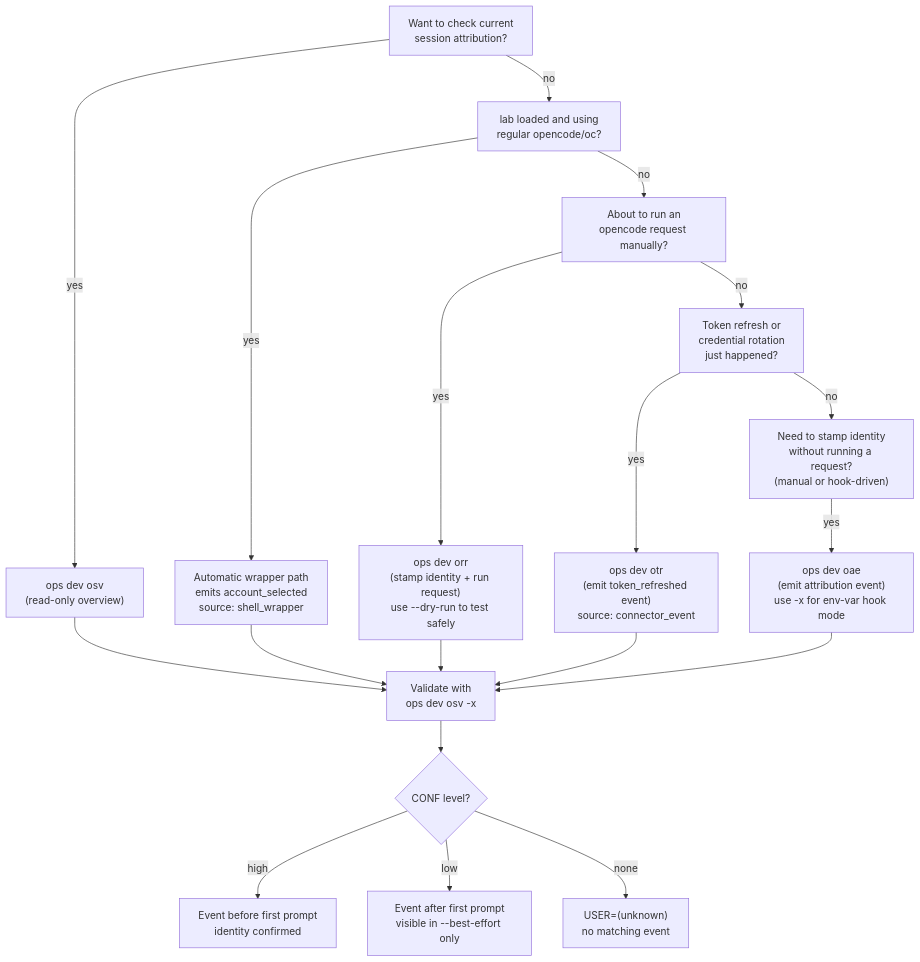
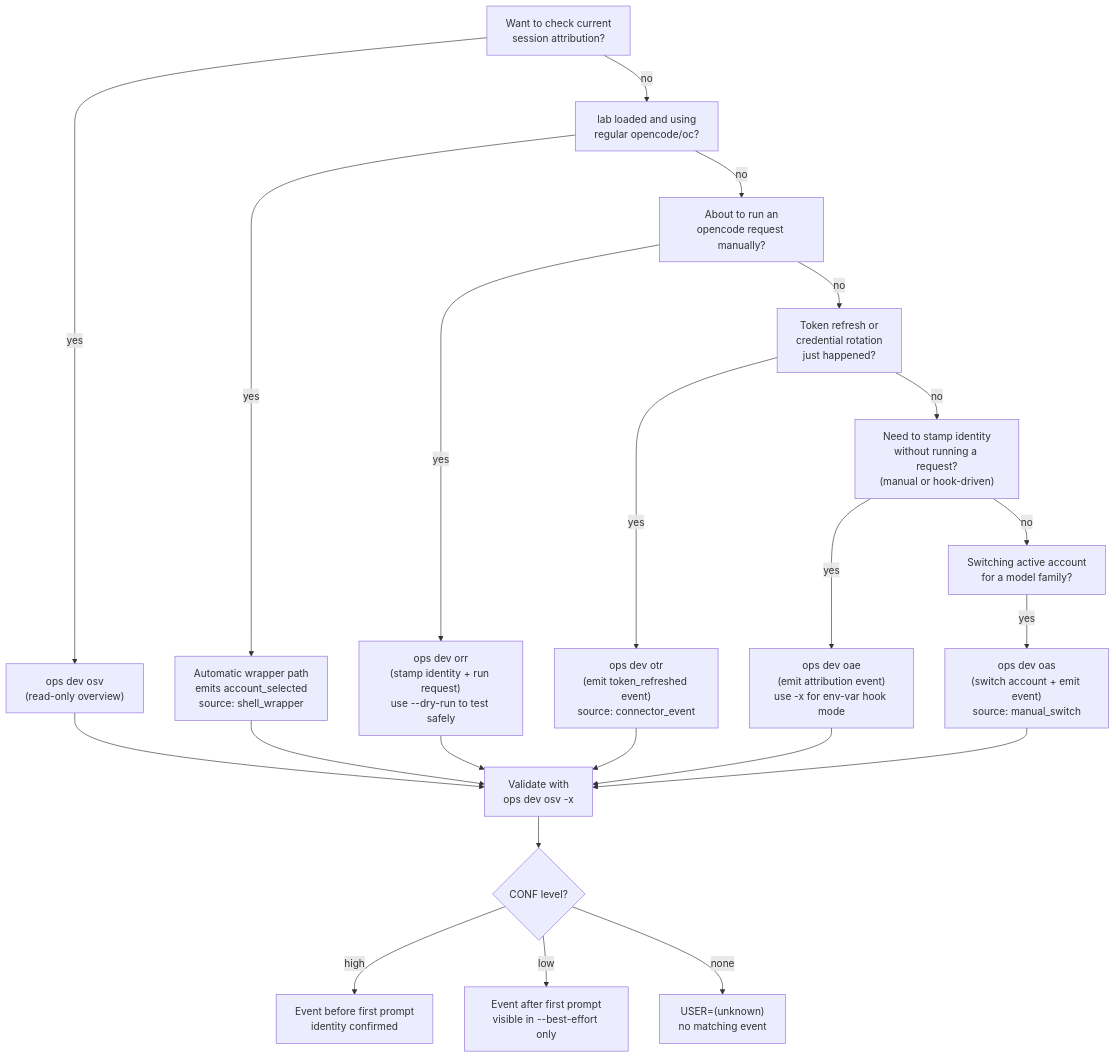
Before and after one commit to woeiru/lab: the diagram in doc/man/07-dev-session-attribution-workflow.md, drawn with Mermaid. The commit also changed other lines of this file and 1 other file, not shown here.

Commit message:
docs: update attribution workflow for dev_oas, provider normalization, and lazy-load

````diff
--- a/doc/man/07-dev-session-attribution-workflow.md
+++ b/doc/man/07-dev-session-attribution-workflow.md
@@ -25,27 +25,31 @@
 ```mermaid
 flowchart TD
     A["Want to check current\nsession attribution?"] -->|yes| OSV["ops dev osv\n(read-only overview)"]
     A -->|no| B
 
     B["lab loaded and using\nregular opencode/oc?"] -->|yes| AUTO["Automatic wrapper path\nemits account_selected\nsource: shell_wrapper"]
     B -->|no| C
 
     C["About to run an\nopencode request manually?"] -->|yes| ORR["ops dev orr\n(stamp identity + run request)\nuse --dry-run to test safely"]
     C -->|no| D
 
     D["Token refresh or\ncredential rotation\njust happened?"] -->|yes| OTR["ops dev otr\n(emit token_refreshed event)\nsource: connector_event"]
     D -->|no| E
 
     E["Need to stamp identity\nwithout running a request?\n(manual or hook-driven)"] -->|yes| OAE["ops dev oae\n(emit attribution event)\nuse -x for env-var hook mode"]
+    E -->|no| F
+
+    F["Switching active account\nfor a model family?"] -->|yes| OAS["ops dev oas\n(switch account + emit event)\nsource: manual_switch"]
 
     OSV --> V["Validate with\nops dev osv -x"]
     AUTO --> V
     ORR --> V
     OTR --> V
     OAE --> V
+    OAS --> V
 
     V --> STRICT{"CONF level?"}
     STRICT -->|high| OK["Event before first prompt\nidentity confirmed"]
     STRICT -->|low| BE["Event after first prompt\nvisible in --best-effort only"]
     STRICT -->|none| UNKNOWN["USER=(unknown)\nno matching event"]
 ```
````
